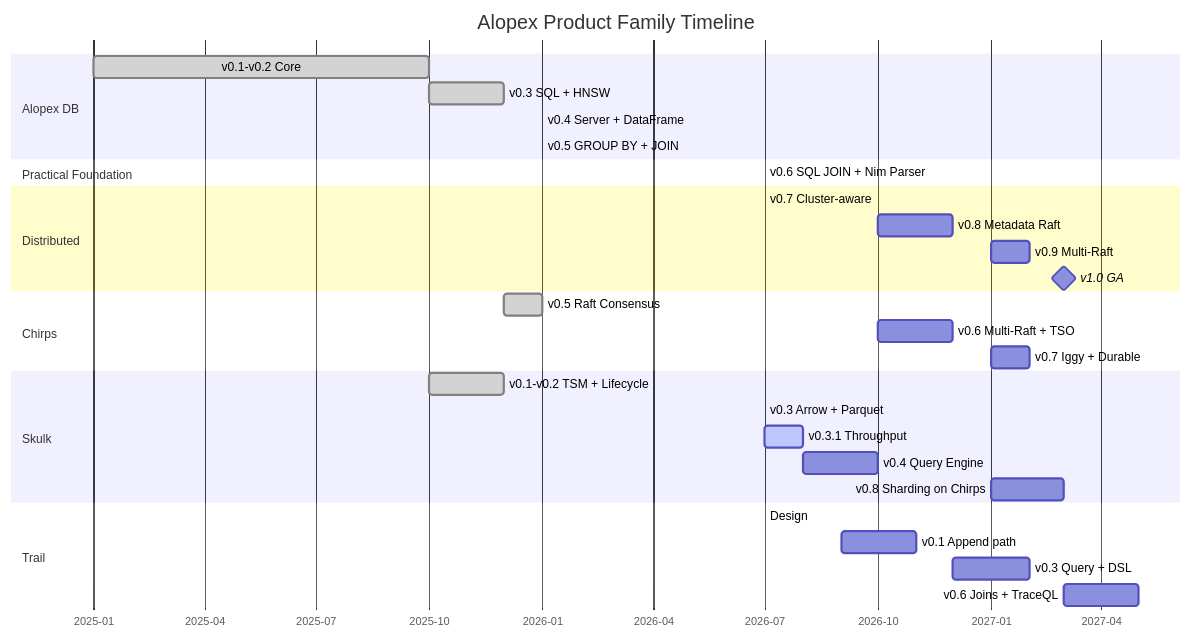
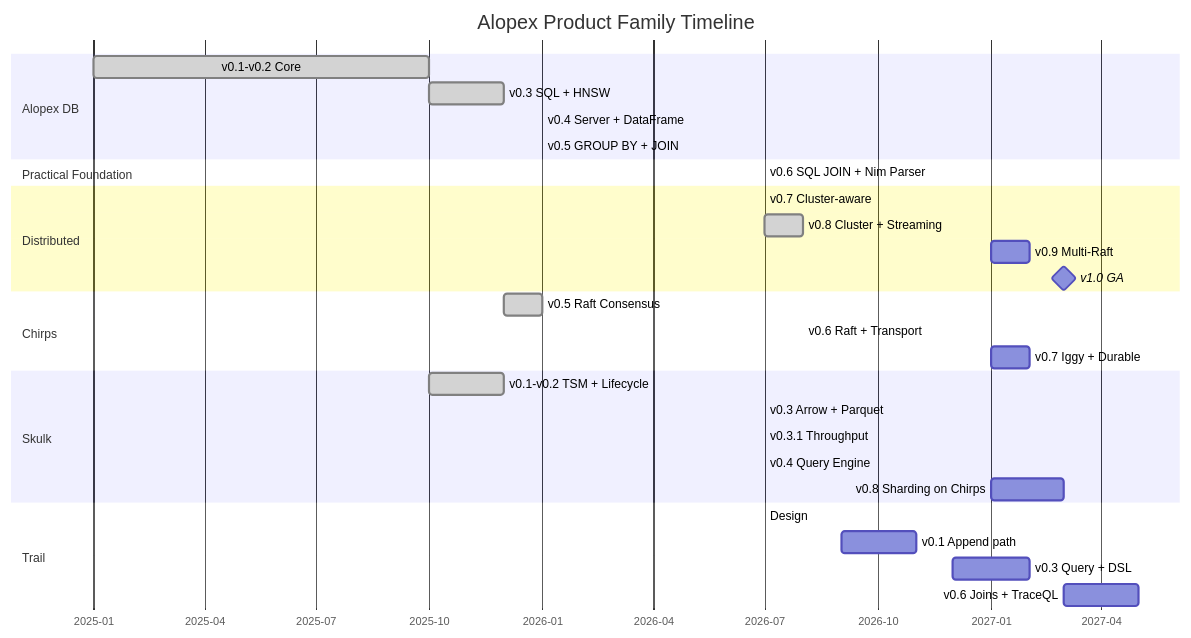
The diagram in docs/roadmap.md (alopex-db/alopex-db.github.io), drawn with Mermaid before and after one commit. The commit also changed other lines of this file and 11 other files, not shown here.

````diff
--- a/docs/roadmap.md
+++ b/docs/roadmap.md
@@ -53,39 +51,39 @@
 ```mermaid
 gantt
     title Alopex Product Family Timeline
     dateFormat  YYYY-MM
     axisFormat  %Y-%m
 
     section Alopex DB
     v0.1-v0.2 Core          :done, 2025-01, 2025-10
     v0.3 SQL + HNSW         :done, 2025-10, 2025-12
     v0.4 Server + DataFrame :done, 2026-01, 2026-01
     v0.5 GROUP BY + JOIN    :done, 2026-01, 2026-01
 
     section Practical Foundation
     v0.6 SQL JOIN + Nim Parser :done, 2026-07, 2026-07
 
     section Distributed
     v0.7 Cluster-aware      :done, 2026-07, 2026-07
-    v0.8 Metadata Raft      :2026-10, 2026-12
+    v0.8 Cluster + Streaming :done, 2026-07, 2026-08
     v0.9 Multi-Raft         :2027-01, 2027-02
     v1.0 GA                 :milestone, 2027-03, 0d
 
     section Chirps
     v0.5 Raft Consensus     :done, 2025-12, 2026-01
-    v0.6 Multi-Raft + TSO   :2026-10, 2026-12
+    v0.6 Raft + Transport   :done, 2026-08, 2026-08
     v0.7 Iggy + Durable     :2027-01, 2027-02
 
     section Skulk
     v0.1-v0.2 TSM + Lifecycle :done, 2025-10, 2025-12
     v0.3 Arrow + Parquet    :done, 2026-07, 2026-07
-    v0.3.1 Throughput       :active, 2026-07, 2026-08
-    v0.4 Query Engine       :2026-08, 2026-10
+    v0.3.1 Throughput       :done, 2026-07, 2026-07
+    v0.4 Query Engine       :done, 2026-07, 2026-07
     v0.8 Sharding on Chirps :2027-01, 2027-03
 
     section Trail
     Design                  :done, 2026-07, 2026-07
     v0.1 Append path        :2026-09, 2026-11
     v0.3 Query + DSL        :2026-12, 2027-02
     v0.6 Joins + TraceQL    :2027-03, 2027-05
 ```
````
